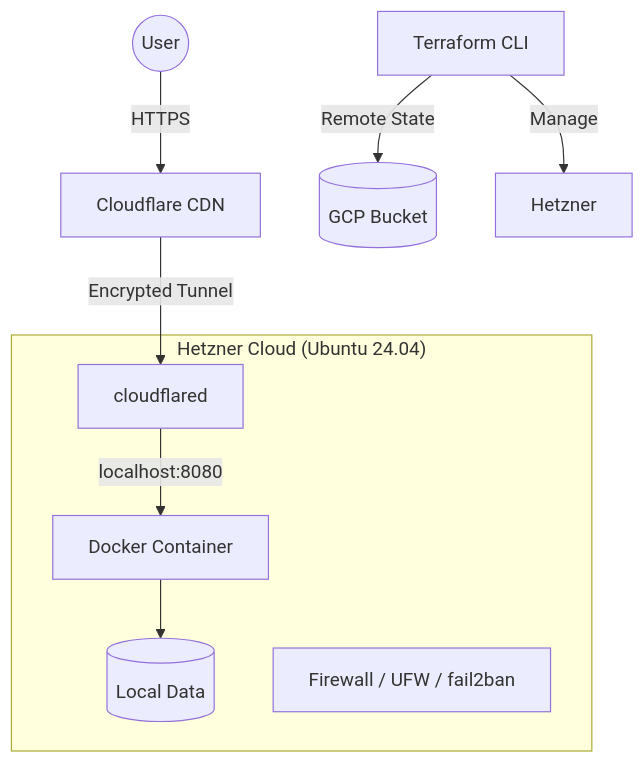
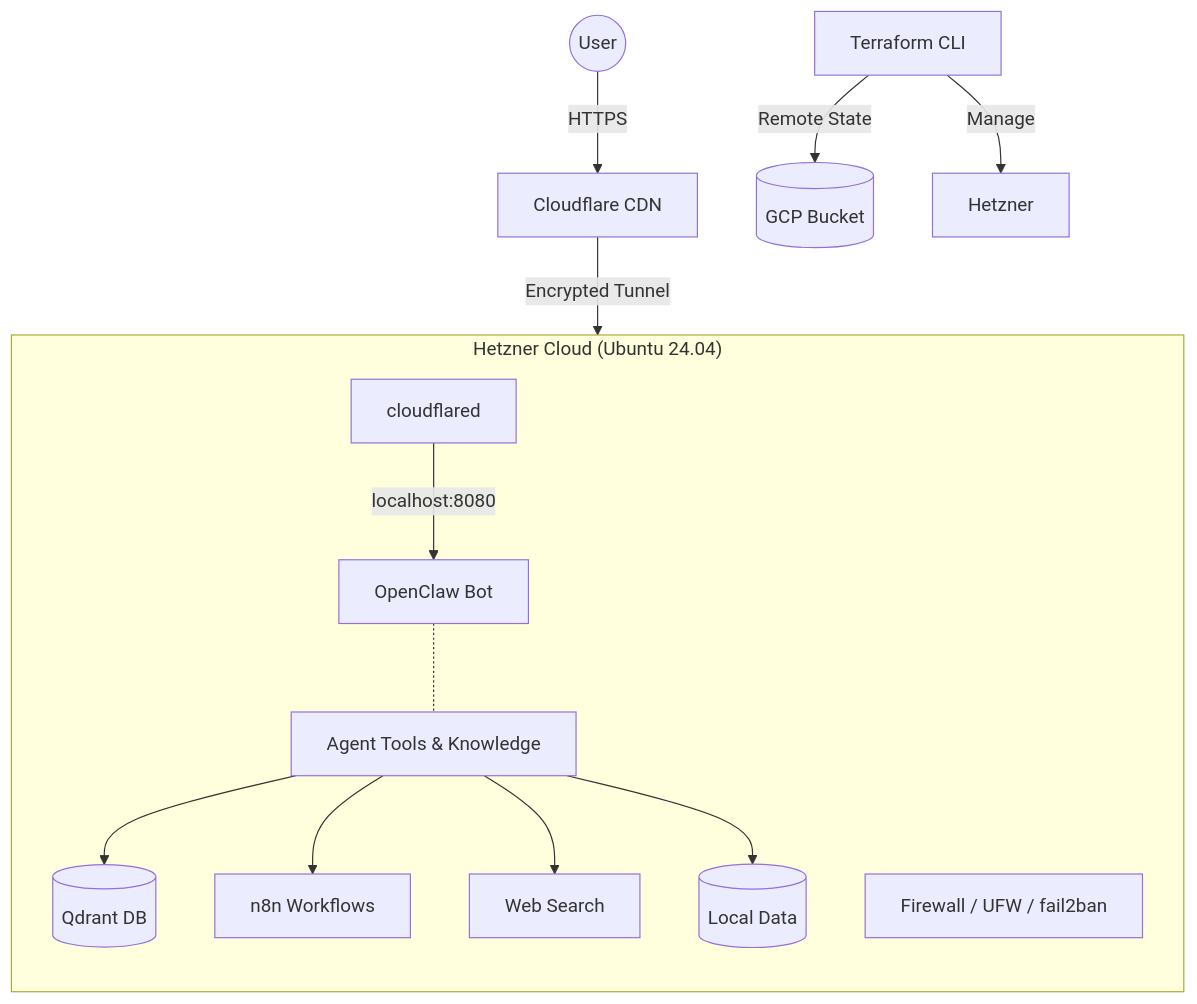
One commit to halo2008/openclaw changed the diagram in README.md. Above: the diagram before and after it, drawn with Mermaid. The commit also changed other lines of this file and 3 other files, not shown here.

Commit message:
chore: Generalize domain and email configurations, upgrade server to CX33, and update documentation with detailed OpenClaw Bot architecture and remote state explanation.

````diff
--- a/README.md
+++ b/README.md
@@ -16,15 +17,22 @@
 ```mermaid
 graph TD
     User((User)) -->|HTTPS| CF[Cloudflare CDN]
     CF -->|Encrypted Tunnel| CT[cloudflared]
     
     subgraph "Hetzner Cloud (Ubuntu 24.04)"
-        CT -->|localhost:8080| App[Docker Container]
-        App --> DB[(Local Data)]
+        direction TB
+        CT -->|localhost:8080| App[OpenClaw Bot]
+        
+        App -.- Tools[Agent Tools & Knowledge]
+        
+        Tools --> KB[(Qdrant DB)]
+        Tools --> n8n[n8n Workflows]
+        Tools --> Search[Web Search]
+        Tools --> DB[(Local Data)]
         
         Security[Firewall / UFW / fail2ban]
     end
     
     Terraform[Terraform CLI] -->|Remote State| GCS[(GCP Bucket)]
     Terraform -->|Manage| Hetzner
 ```
````
